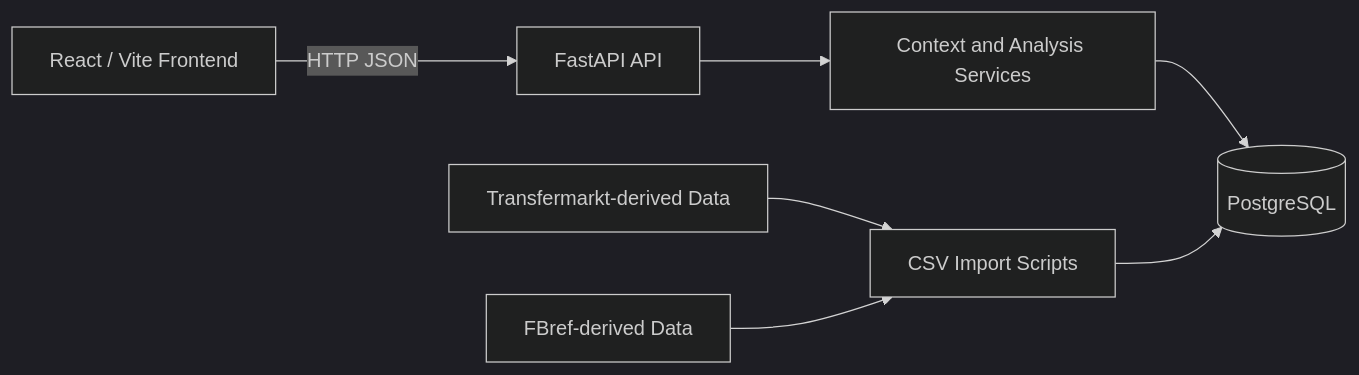
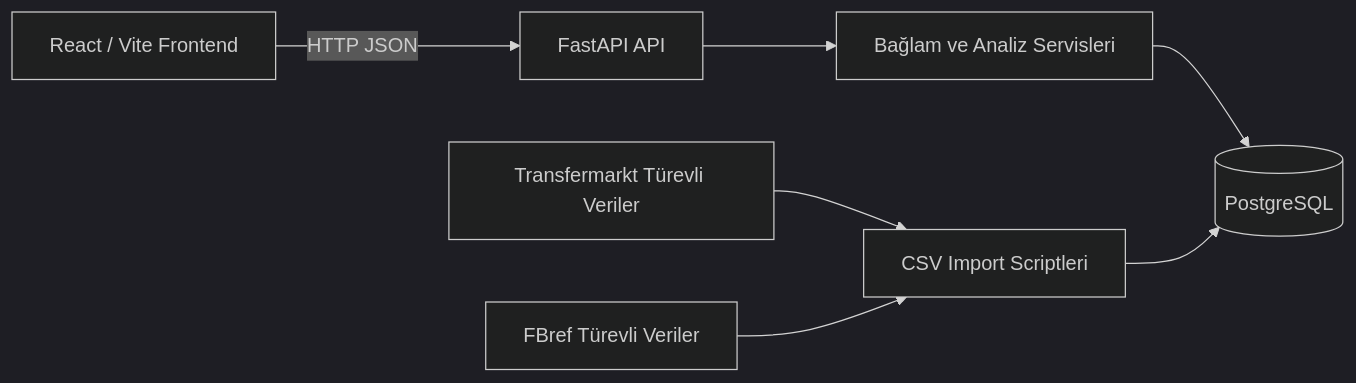
The first of 2 diagrams in README.md (BaranDogrular/transfer-index), drawn with Mermaid (dark theme) before and after one commit. The commit also changed other lines of this file, not shown here.

````diff
--- a/README.md
+++ b/README.md
@@ -155,9 +155,9 @@
 ```mermaid
 flowchart LR
     UI[React / Vite Frontend] -->|HTTP JSON| API[FastAPI API]
-    API --> SERVICES[Context and Analysis Services]
+    API --> SERVICES[Bağlam ve Analiz Servisleri]
     SERVICES --> DB[(PostgreSQL)]
-    IMPORTS[CSV Import Scripts] --> DB
-    TM[Transfermarkt-derived Data] --> IMPORTS
-    FB[FBref-derived Data] --> IMPORTS
+    IMPORTS[CSV Import Scriptleri] --> DB
+    TM[Transfermarkt Türevli Veriler] --> IMPORTS
+    FB[FBref Türevli Veriler] --> IMPORTS
 ```
````
